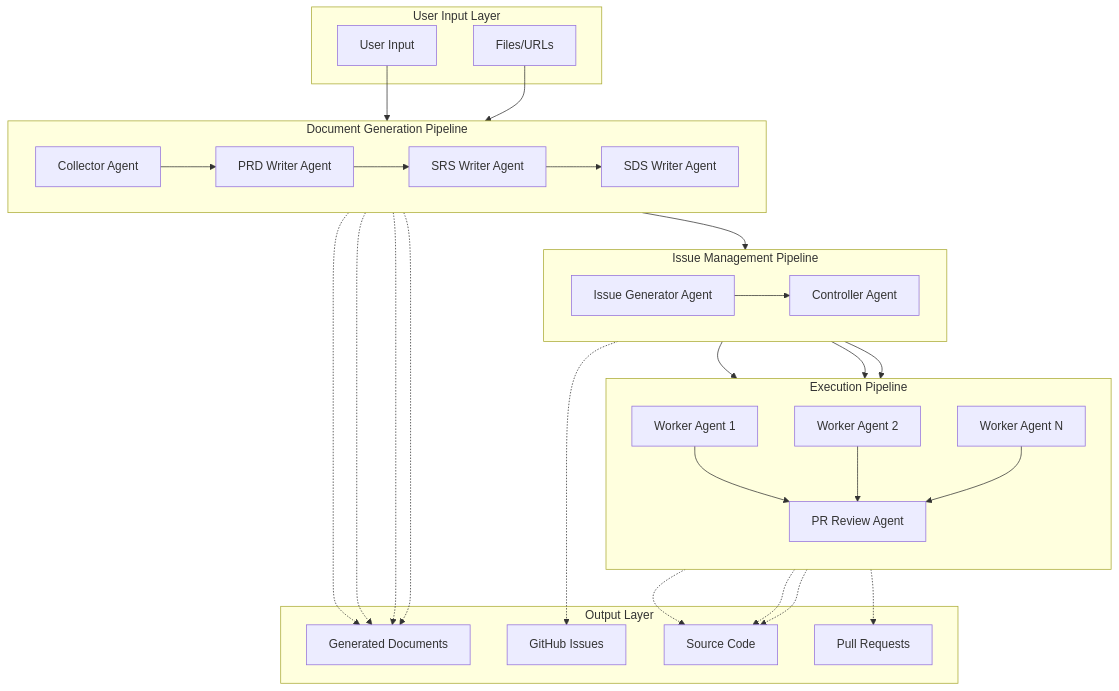
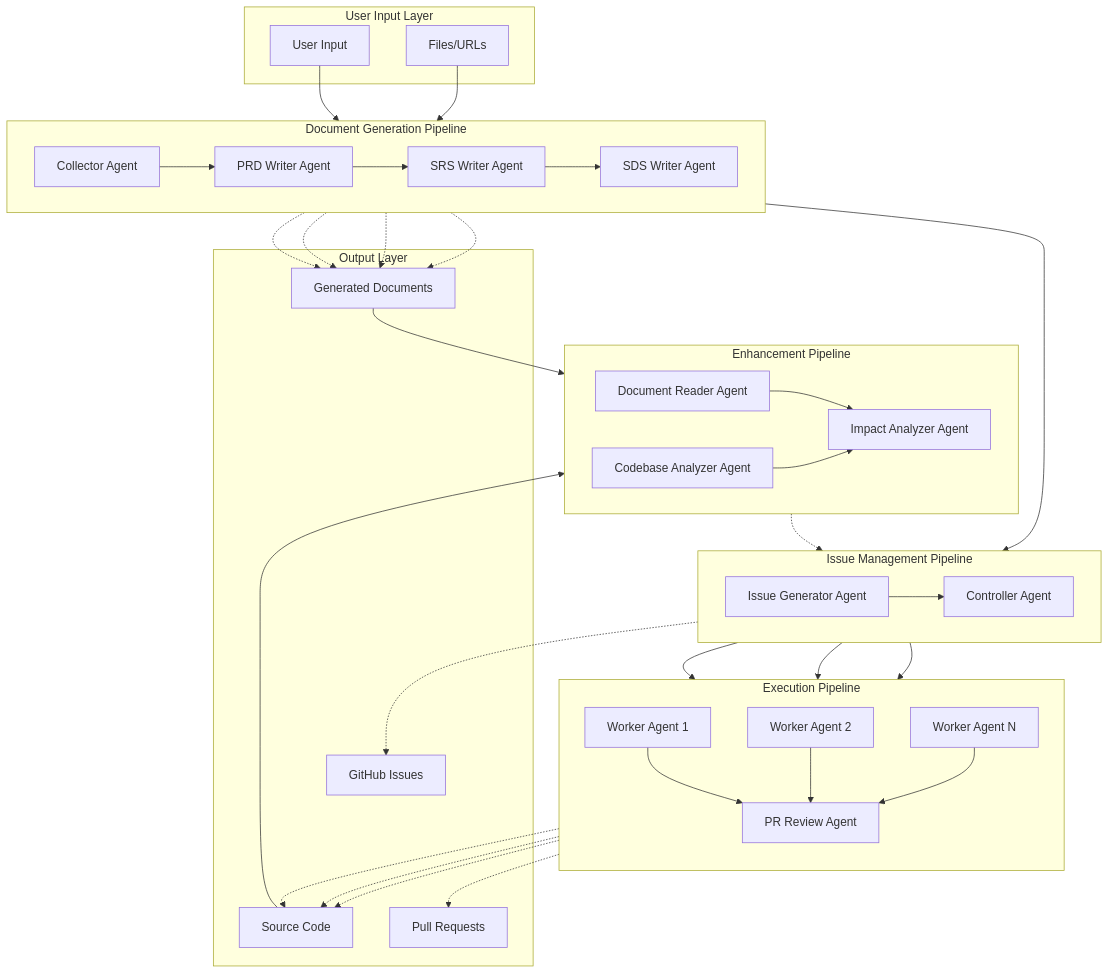
One commit to kcenon/claude_code_agent changed the first of 7 diagrams in docs/system-architecture.kr.md. Above: the diagram before and after it, drawn with Mermaid. The commit also changed other lines of this file and 9 other files, not shown here.

First line of the commit message:
feat(impact-analyzer): implement Impact Analyzer Agent (#121)

````diff
--- a/docs/system-architecture.kr.md
+++ b/docs/system-architecture.kr.md
@@ -5,64 +5,78 @@
 ```mermaid
 flowchart TB
     subgraph Input["User Input Layer"]
         UI[User Input]
         FILES[Files/URLs]
     end
 
     subgraph DocumentPipeline["Document Generation Pipeline"]
         direction LR
         COLLECT[Collector Agent]
         PRD[PRD Writer Agent]
         SRS[SRS Writer Agent]
         SDS[SDS Writer Agent]
     end
 
     subgraph IssuePipeline["Issue Management Pipeline"]
         direction LR
         ISSUE[Issue Generator Agent]
         CTRL[Controller Agent]
     end
 
     subgraph ExecutionPipeline["Execution Pipeline"]
         direction TB
         WORKER1[Worker Agent 1]
         WORKER2[Worker Agent 2]
         WORKERN[Worker Agent N]
         PR[PR Review Agent]
+    end
+
+    subgraph EnhancementPipeline["Enhancement Pipeline"]
+        direction LR
+        DOCREAD[Document Reader Agent]
+        CODEBASE[Codebase Analyzer Agent]
+        IMPACT[Impact Analyzer Agent]
     end
 
     subgraph Output["Output Layer"]
         DOCS[Generated Documents]
         ISSUES[GitHub Issues]
         CODE[Source Code]
         PRS[Pull Requests]
     end
 
     UI --> COLLECT
     FILES --> COLLECT
 
     COLLECT --> PRD
     PRD --> SRS
     SRS --> SDS
 
     SDS --> ISSUE
     ISSUE --> CTRL
 
     CTRL --> WORKER1
     CTRL --> WORKER2
     CTRL --> WORKERN
 
     WORKER1 --> PR
     WORKER2 --> PR
     WORKERN --> PR
 
     COLLECT -.-> DOCS
     PRD -.-> DOCS
     SRS -.-> DOCS
     SDS -.-> DOCS
     ISSUE -.-> ISSUES
     WORKER1 -.-> CODE
     WORKER2 -.-> CODE
     WORKERN -.-> CODE
     PR -.-> PRS
+
+    %% Enhancement Pipeline connections
+    DOCS --> DOCREAD
+    CODE --> CODEBASE
+    DOCREAD --> IMPACT
+    CODEBASE --> IMPACT
+    IMPACT -.-> CTRL
 ```
````
